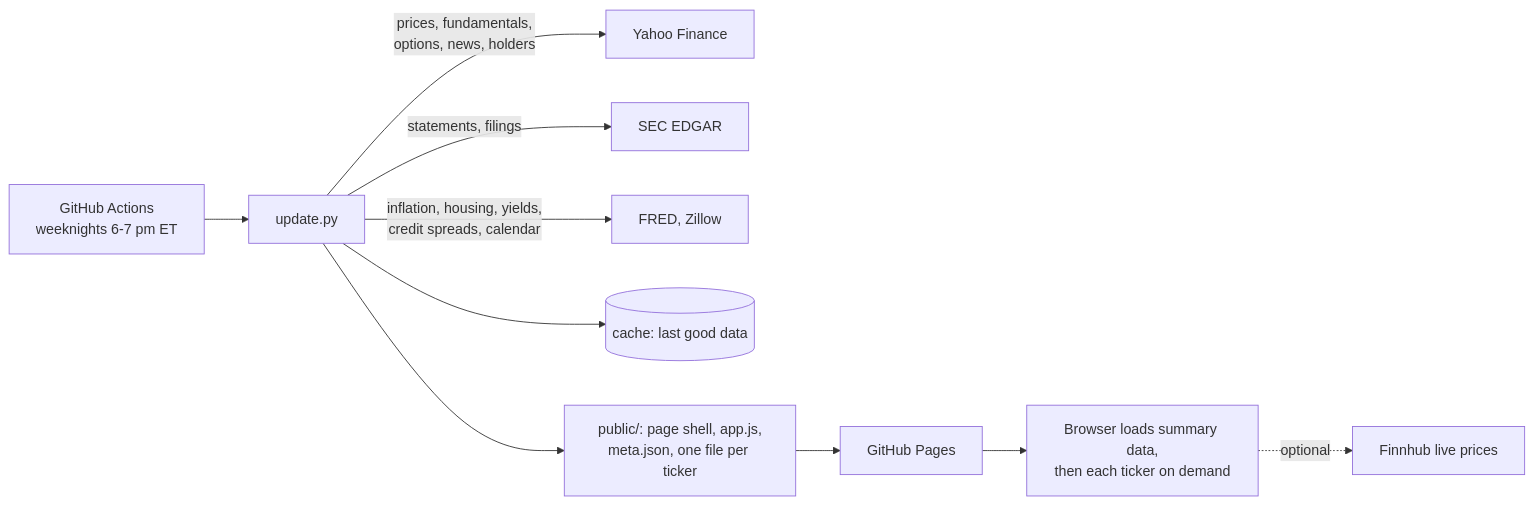
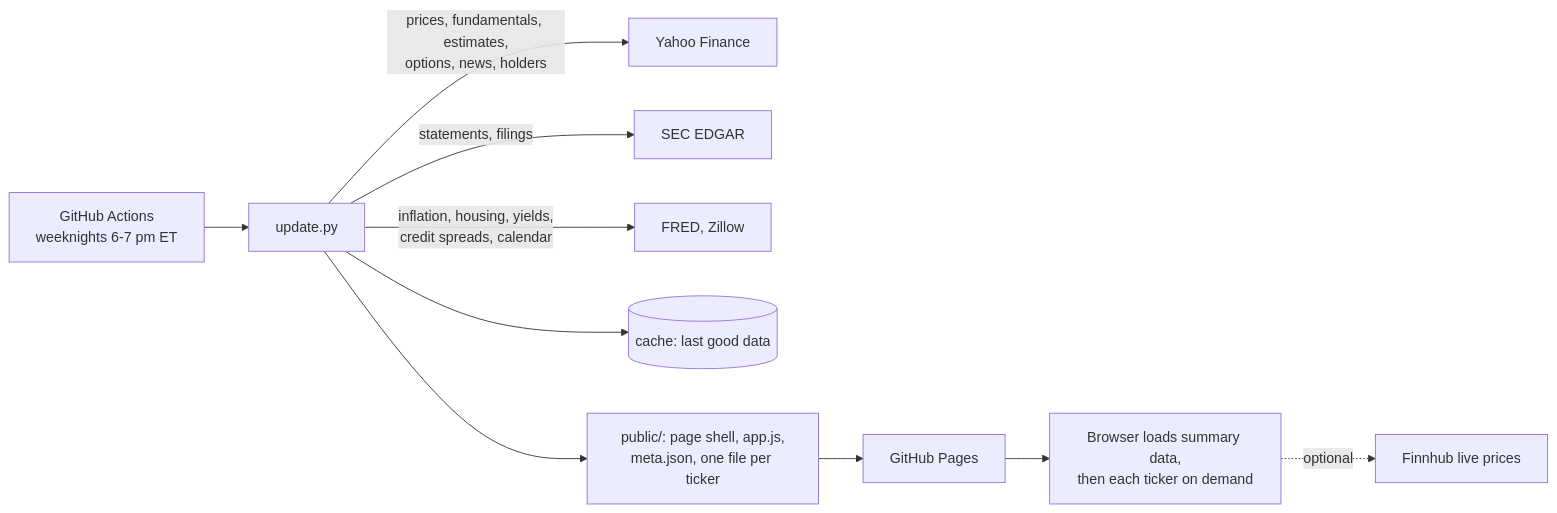
One commit to RRana23/terminal-lite changed the diagram in README.md. Above: the diagram before and after it, drawn with Mermaid. The commit also changed other lines of this file and 3 other files, not shown here.

````diff
--- a/README.md
+++ b/README.md
@@ -36,12 +37,12 @@
 ```mermaid
 flowchart LR
   A[GitHub Actions<br/>weeknights 6-7 pm ET] --> B[update.py]
-  B -->|prices, fundamentals,<br/>options, news, holders| Y[Yahoo Finance]
+  B -->|prices, fundamentals, estimates,<br/>options, news, holders| Y[Yahoo Finance]
   B -->|statements, filings| S[SEC EDGAR]
   B -->|inflation, housing, yields,<br/>credit spreads, calendar| F[FRED, Zillow]
   B --> C[(cache: last good data)]
   B --> P[public/: page shell, app.js,<br/>meta.json, one file per ticker]
   P --> G[GitHub Pages]
   G --> U[Browser loads summary data,<br/>then each ticker on demand]
   U -.optional.-> L[Finnhub live prices]
 ```
````
